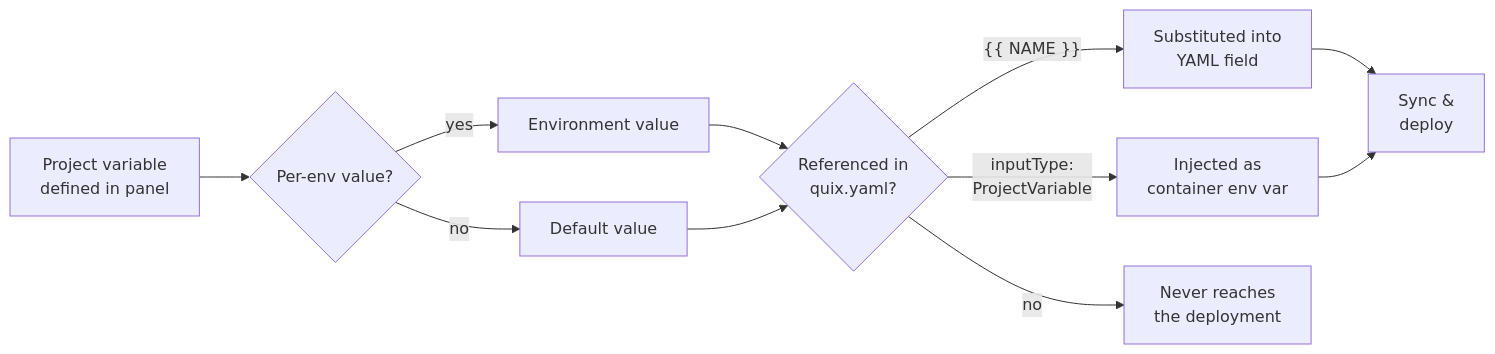
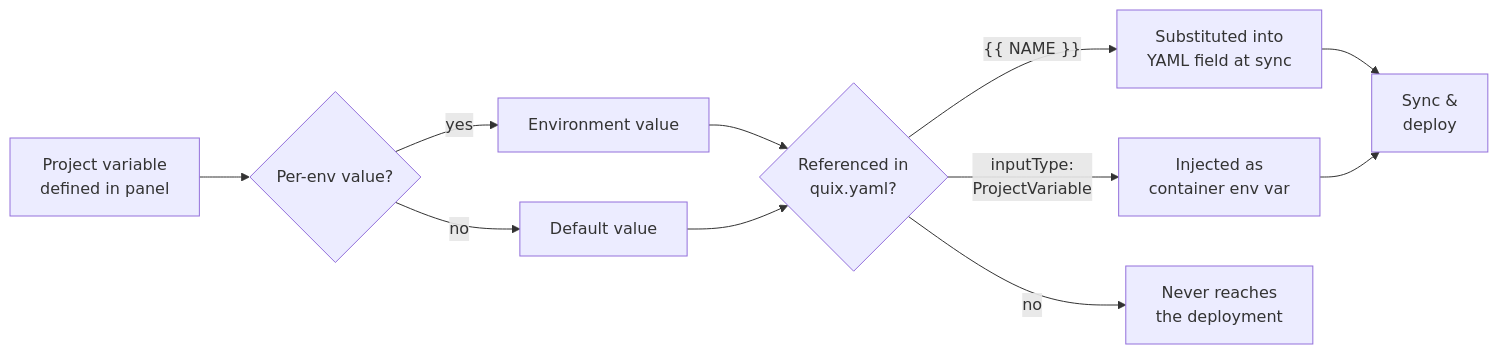
Before and after one commit to quixio/quix-docs: the diagram in docs/quix-cloud/deployments/project-variables.md, drawn with Mermaid. The commit also changed other lines of this file, not shown here.

````diff
--- a/docs/quix-cloud/deployments/project-variables.md
+++ b/docs/quix-cloud/deployments/project-variables.md
@@ -175,13 +62,13 @@
 ```mermaid
 flowchart LR
     A[Project variable<br/>defined in panel] --> B{Per-env value?}
     B -- yes --> C[Environment value]
     B -- no --> D[Default value]
     C --> E{Referenced in<br/>quix.yaml?}
     D --> E
-    E -- "{{ NAME }}" --> F[Substituted into<br/>YAML field]
+    E -- "{{ NAME }}" --> F[Substituted into<br/>YAML field at sync]
     E -- "inputType:<br/>ProjectVariable" --> G[Injected as<br/>container env var]
     E -- no --> H[Never reaches<br/>the deployment]
     F --> I[Sync &<br/>deploy]
     G --> I
 ```
````
